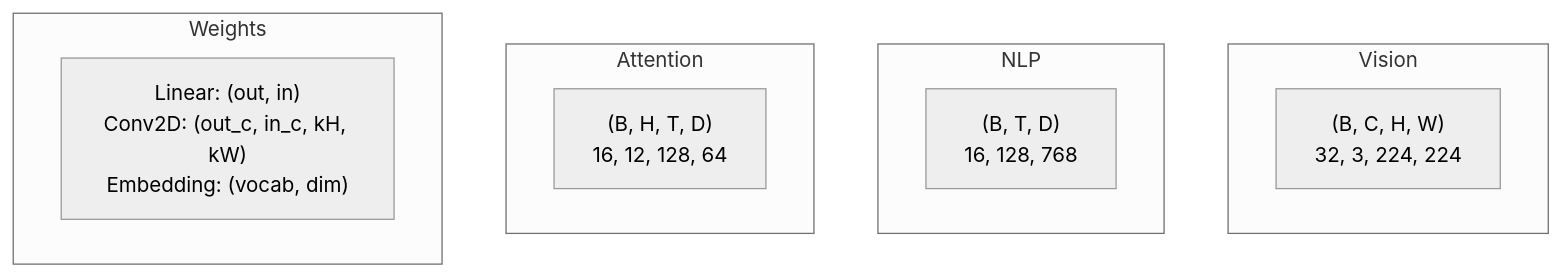
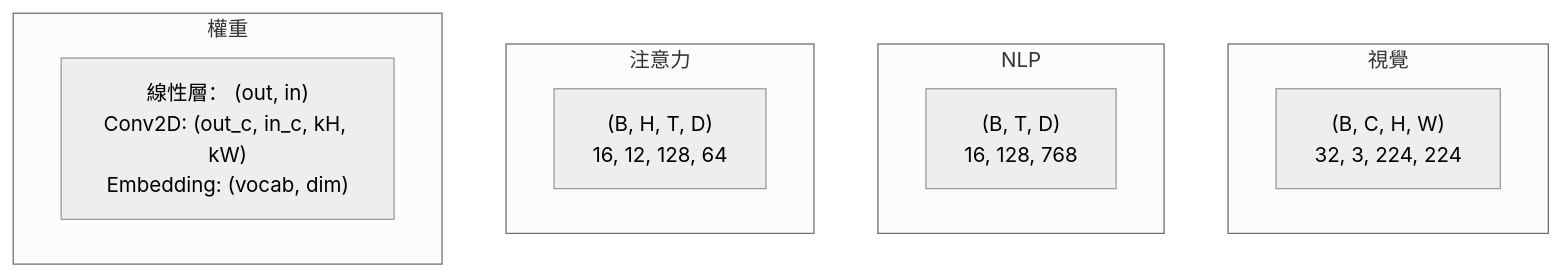
One commit to edward821220/ai-engineering-from-scratch changed the second of 4 diagrams in i18n/zh-TW/phases/01-math-foundations/12-tensor-operations/docs/zh-TW.md. Above: the diagram before and after it, drawn with Mermaid (neutral theme). The commit also changed other lines of this file and 123 other files, not shown here.

````diff
--- a/i18n/zh-TW/phases/01-math-foundations/12-tensor-operations/docs/zh-TW.md
+++ b/i18n/zh-TW/phases/01-math-foundations/12-tensor-operations/docs/zh-TW.md
@@ -45,15 +45,15 @@
 ```mermaid
 graph TD
-    subgraph Vision
+    subgraph 視覺
         V1["(B, C, H, W)<br/>32, 3, 224, 224"]
     end
     subgraph NLP
         N1["(B, T, D)<br/>16, 128, 768"]
     end
-    subgraph Attention
+    subgraph 注意力
         A1["(B, H, T, D)<br/>16, 12, 128, 64"]
     end
-    subgraph Weights
-        W1["Linear: (out, in)<br/>Conv2D: (out_c, in_c, kH, kW)<br/>Embedding: (vocab, dim)"]
+    subgraph 權重
+        W1["線性層： (out, in)<br/>Conv2D: (out_c, in_c, kH, kW)<br/>Embedding: (vocab, dim)"]
     end
 ```
````
